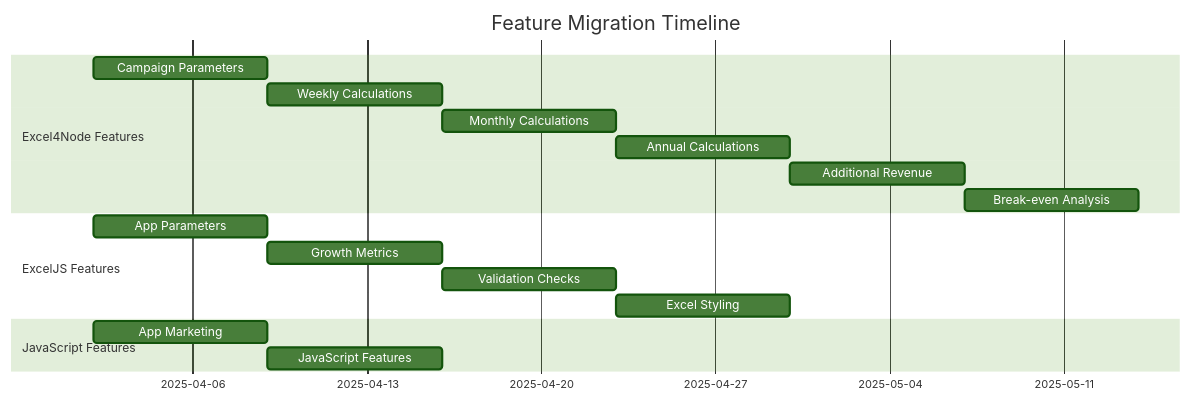
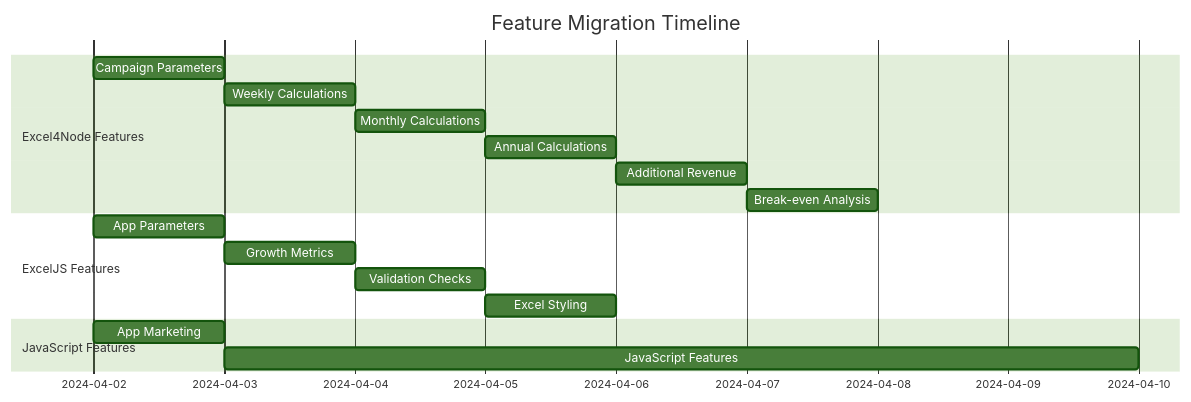
One commit to THE-AI-REAL-ESTATE-INVESTOR/0ne52bar changed the second of 2 diagrams in marketing-ops/src/consolidated/merged_features.md. Above: the diagram before and after it, drawn with Mermaid (forest theme). The commit also changed other lines of this file and 6 other files, not shown here.

````diff
--- a/marketing-ops/src/consolidated/merged_features.md
+++ b/marketing-ops/src/consolidated/merged_features.md
@@ -78,20 +78,20 @@
 ```mermaid
 gantt
     title Feature Migration Timeline
     dateFormat  YYYY-MM-DD
     section Excel4Node Features
-    Campaign Parameters           :a1, 2025-04-02, 7d
-    Weekly Calculations           :a2, after a1, 7d
-    Monthly Calculations          :a3, after a2, 7d
-    Annual Calculations           :a4, after a3, 7d
-    Additional Revenue            :a5, after a4, 7d
-    Break-even Analysis           :a6, after a5, 7d
+    Campaign Parameters           :a1, 2024-04-02, 1d
+    Weekly Calculations           :a2, after a1, 1d
+    Monthly Calculations          :a3, after a2, 1d
+    Annual Calculations           :a4, after a3, 1d
+    Additional Revenue            :a5, after a4, 1d
+    Break-even Analysis           :a6, after a5, 1d
     section ExcelJS Features
-    App Parameters                :b1, 2025-04-02, 7d
-    Growth Metrics                :b2, after b1, 7d
-    Validation Checks             :b3, after b2, 7d
-    Excel Styling                 :b4, after b3, 7d
+    App Parameters                :b1, 2024-04-02, 1d
+    Growth Metrics                :b2, after b1, 1d
+    Validation Checks             :b3, after b2, 1d
+    Excel Styling                 :b4, after b3, 1d
     section JavaScript Features
-    App Marketing                 :c1, 2025-04-02, 7d
+    App Marketing                 :c1, 2024-04-02, 1d
     JavaScript Features           :c2, after c1, 7d
-``` 
+```
````
